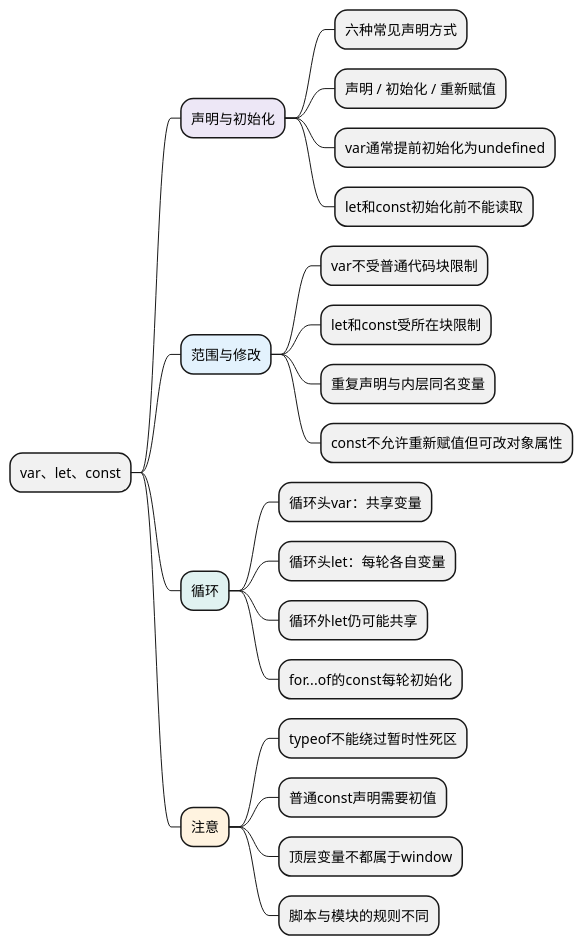
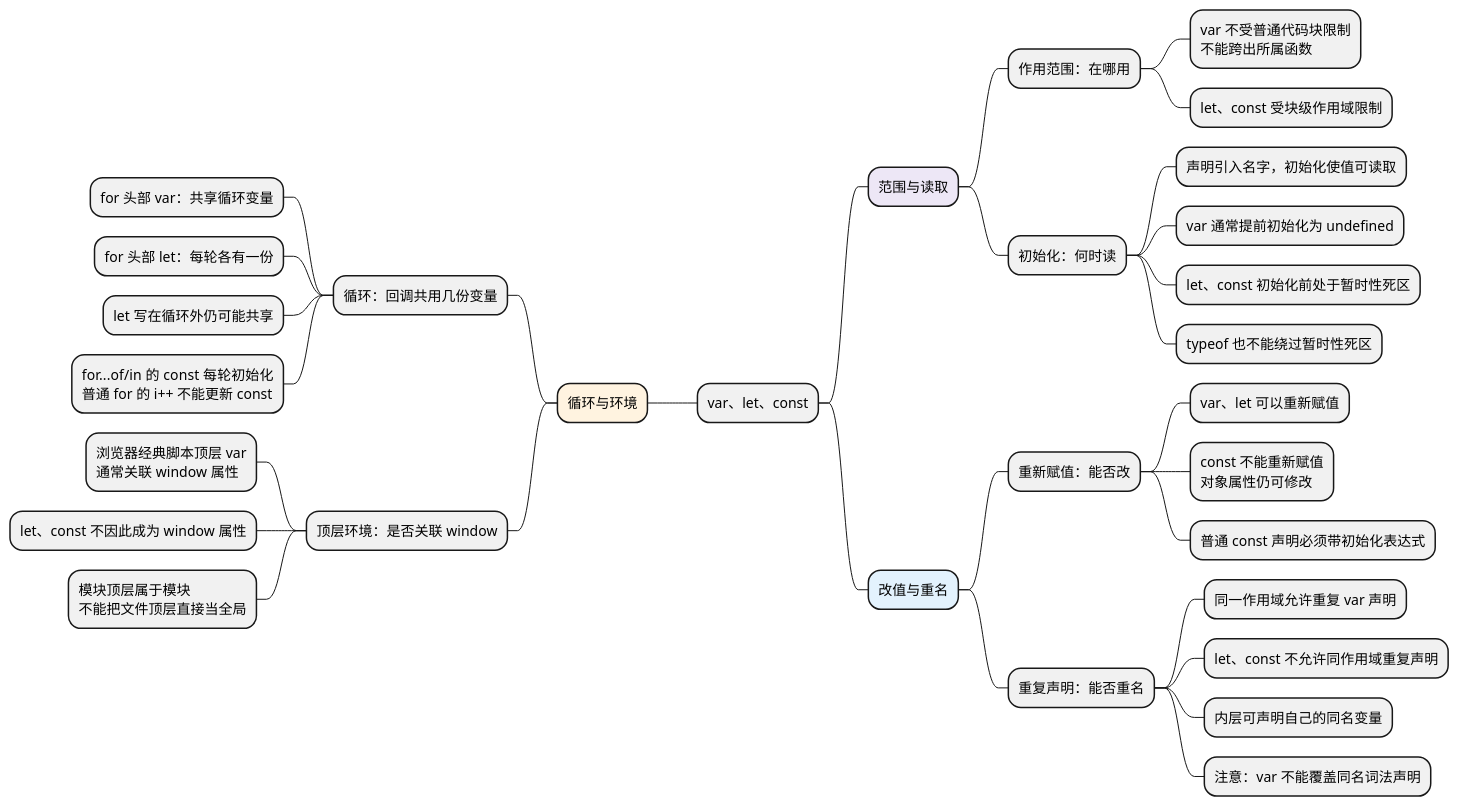
Before and after one commit to chenx18/JAVA: the diagram in docs/AI前端全栈教材/01_JavaScript/02_运行基础/examples/c02-mindmap.puml, drawn with PlantUML. The commit also changed 38 other files, not shown here.

Commit message:
docs: 补充 JavaScript 知识点导图与面试复习总结

```diff
--- a/docs/AI前端全栈教材/01_JavaScript/02_运行基础/examples/c02-mindmap.puml
+++ b/docs/AI前端全栈教材/01_JavaScript/02_运行基础/examples/c02-mindmap.puml
@@ -1,30 +1,40 @@
 @startmindmap
 skinparam defaultFontName Microsoft YaHei
 skinparam defaultFontSize 14
 skinparam dpi 100
 skinparam backgroundColor white
 skinparam shadowing false
 
 * var、let、const
-**[#EDE7F6] 声明与初始化
-*** 六种常见声明方式
-*** 声明 / 初始化 / 重新赋值
-*** var通常提前初始化为undefined
-*** let和const初始化前不能读取
-**[#E3F2FD] 范围与修改
-*** var不受普通代码块限制
-*** let和const受所在块限制
-*** 重复声明与内层同名变量
-*** const不允许重新赋值但可改对象属性
-**[#E0F2F1] 循环
-*** 循环头var：共享变量
-*** 循环头let：每轮各自变量
-*** 循环外let仍可能共享
-*** for...of的const每轮初始化
-**[#FFF3E0] 注意
-*** typeof不能绕过暂时性死区
-*** 普通const声明需要初值
-*** 顶层变量不都属于window
-*** 脚本与模块的规则不同
+**[#EDE7F6] 范围与读取
+*** 作用范围：在哪用
+**** var 不受普通代码块限制\n不能跨出所属函数
+**** let、const 受块级作用域限制
+*** 初始化：何时读
+**** 声明引入名字，初始化使值可读取
+**** var 通常提前初始化为 undefined
+**** let、const 初始化前处于暂时性死区
+**** typeof 也不能绕过暂时性死区
+**[#E3F2FD] 改值与重名
+*** 重新赋值：能否改
+**** var、let 可以重新赋值
+**** const 不能重新赋值\n对象属性仍可修改
+**** 普通 const 声明必须带初始化表达式
+*** 重复声明：能否重名
+**** 同一作用域允许重复 var 声明
+**** let、const 不允许同作用域重复声明
+**** 内层可声明自己的同名变量
+**** 注意：var 不能覆盖同名词法声明
+left side
+**[#FFF3E0] 循环与环境
+*** 循环：回调共用几份变量
+**** for 头部 var：共享循环变量
+**** for 头部 let：每轮各有一份
+**** let 写在循环外仍可能共享
+**** for...of/in 的 const 每轮初始化\n普通 for 的 i++ 不能更新 const
+*** 顶层环境：是否关联 window
+**** 浏览器经典脚本顶层 var\n通常关联 window 属性
+**** let、const 不因此成为 window 属性
+**** 模块顶层属于模块\n不能把文件顶层直接当全局
 
 @endmindmap
```
